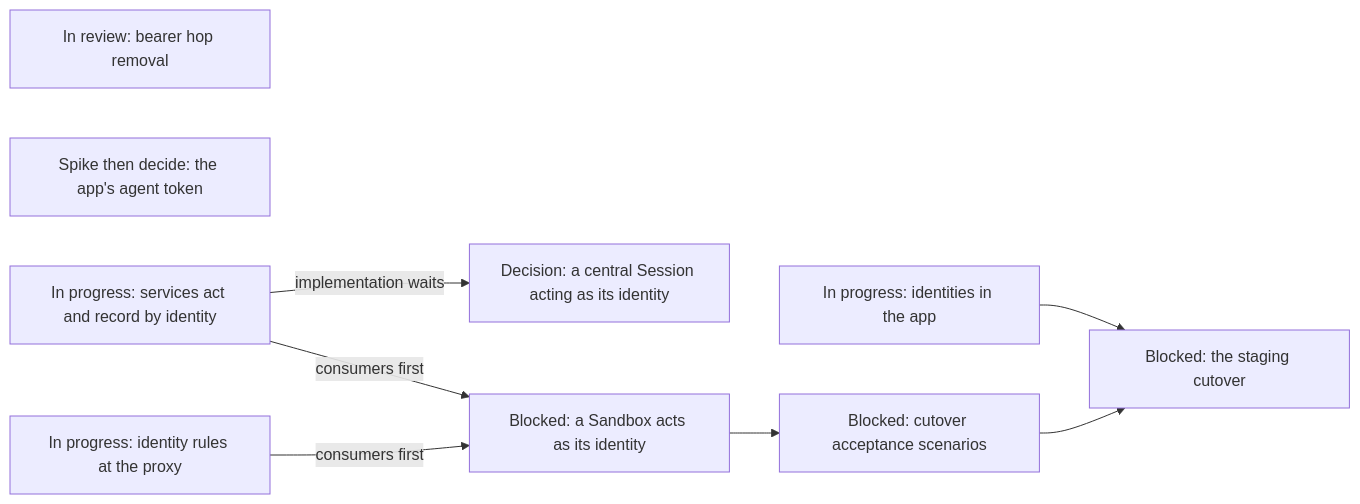
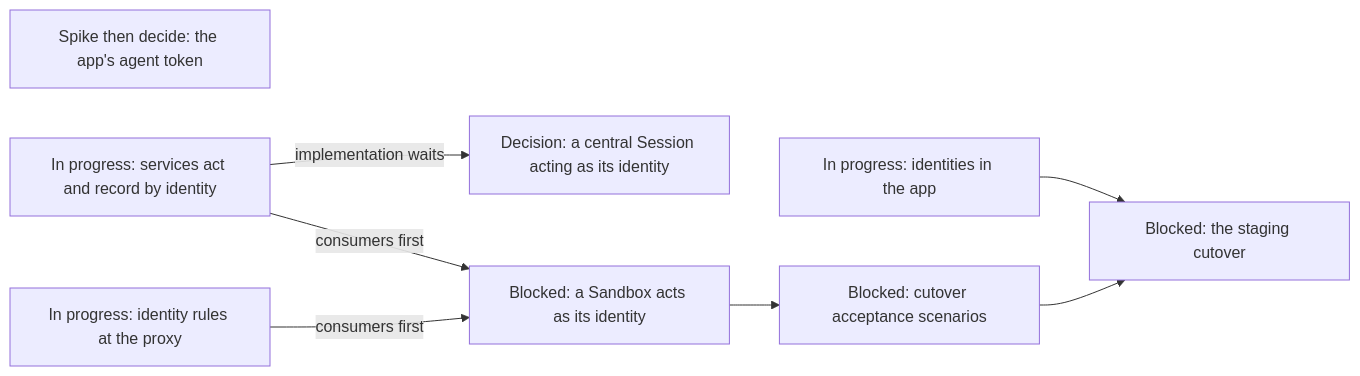
One commit to agentydragon/ducktape changed diagram 17 of 19 in agentplane/plans/task_dag.md. Above: the diagram before and after it, drawn with Mermaid. The commit also changed other lines of this file and 1 other file, not shown here.

First line of the commit message:
agentplane/plans: retire WORKLOAD_AUTH_CUTOVER

````diff
--- a/agentplane/plans/task_dag.md
+++ b/agentplane/plans/task_dag.md
@@ -3033,16 +3033,15 @@
 ```mermaid
 flowchart LR
-    WORKLOAD_AUTH_CUTOVER[In review: bearer hop removal]
     APP_AGENT_TOKEN_DECISION[Spike then decide: the app's agent token]
     CENTRAL_SESSION_ACTING_DESIGN[Decision: a central Session acting as its identity]
     SERVICES_IDENTITY_PRINCIPAL -->|implementation waits| CENTRAL_SESSION_ACTING_DESIGN
     APP_IDENTITIES_UI[In progress: identities in the app]
     EGRESS_IDENTITY_RULES[In progress: identity rules at the proxy]
     SERVICES_IDENTITY_PRINCIPAL[In progress: services act and record by identity]
     SANDBOX_IDENTITY_SPEC[Blocked: a Sandbox acts as its identity]
     EGRESS_IDENTITY_RULES -->|consumers first| SANDBOX_IDENTITY_SPEC
     SERVICES_IDENTITY_PRINCIPAL -->|consumers first| SANDBOX_IDENTITY_SPEC
     SANDBOX_IDENTITY_SPEC --> IDENTITY_SYSTEM_TESTS[Blocked: cutover acceptance scenarios]
     IDENTITY_SYSTEM_TESTS --> IDENTITY_CUTOVER[Blocked: the staging cutover]
     APP_IDENTITIES_UI --> IDENTITY_CUTOVER
 ```
````
